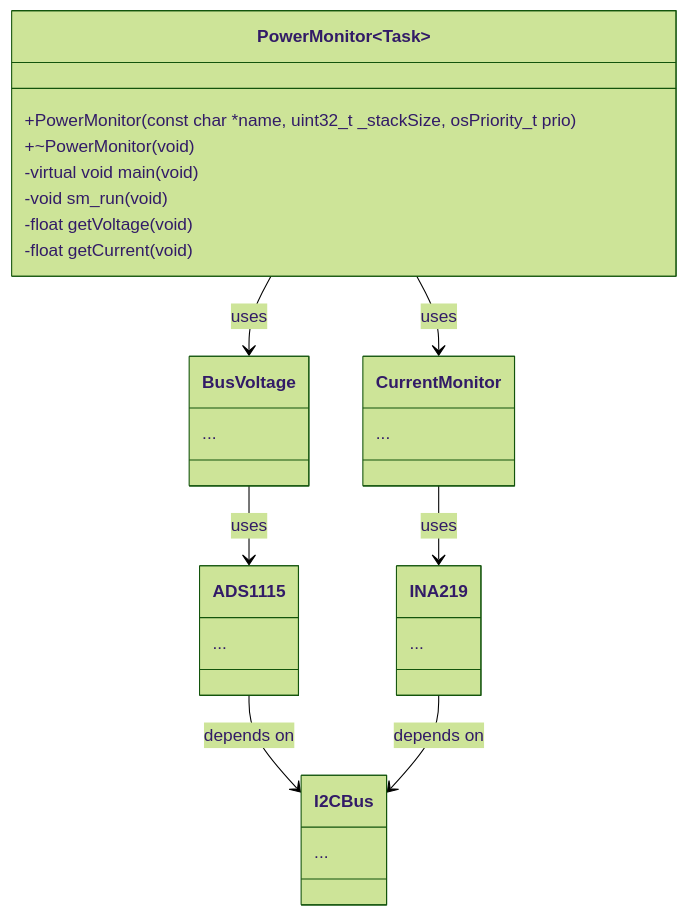
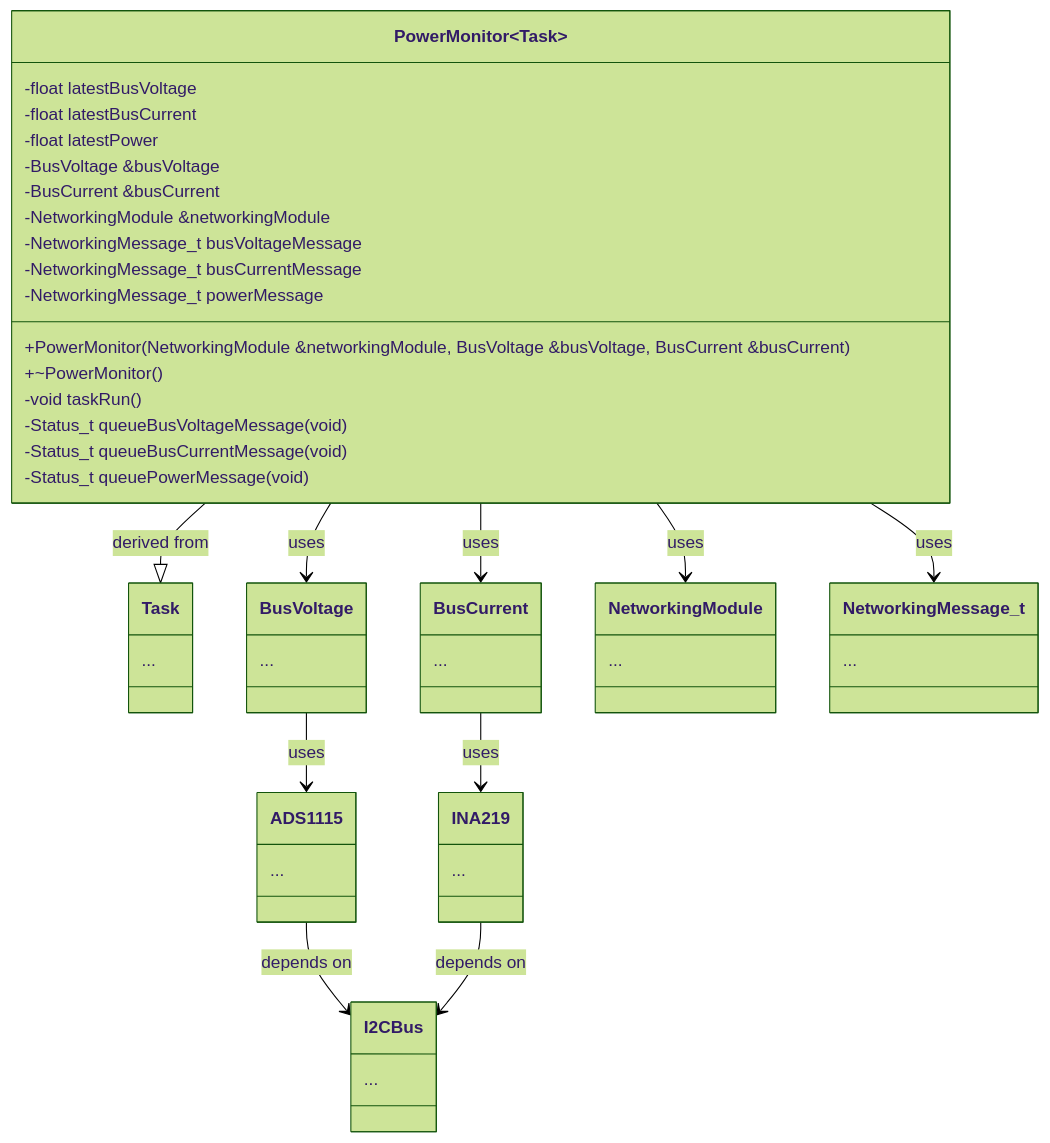
One commit to hquiroz-1988/esp changed the second of 6 diagrams in solar_meter/Documents/AppNotes/PowerMonitor.md. Above: the diagram before and after it, drawn with Mermaid (forest theme). The commit also changed other lines of this file and 21 other files, not shown here.

First line of the commit message:
Power Monitor Implemented (#28)

````diff
--- a/solar_meter/Documents/AppNotes/PowerMonitor.md
+++ b/solar_meter/Documents/AppNotes/PowerMonitor.md
@@ -62,34 +63,55 @@
 ```mermaid
 classDiagram
-    class PowerMonitor~Task~{
-        +PowerMonitor(const char *name, uint32_t _stackSize, osPriority_t prio)
-        +~PowerMonitor(void)
-        -virtual void main(void)
-        -void sm_run(void)
-        -float getVoltage(void)
-        -float getCurrent(void)
+    class PowerMonitor~Task~ {
+        +PowerMonitor(NetworkingModule &networkingModule, BusVoltage &busVoltage, BusCurrent &busCurrent)
+        +~PowerMonitor()
+        -float latestBusVoltage
+        -float latestBusCurrent
+        -float latestPower
+        -BusVoltage &busVoltage
+        -BusCurrent &busCurrent
+        -NetworkingModule &networkingModule
+        -NetworkingMessage_t busVoltageMessage
+        -NetworkingMessage_t busCurrentMessage
+        -NetworkingMessage_t powerMessage
+        -void taskRun()
+        -Status_t queueBusVoltageMessage(void)
+        -Status_t queueBusCurrentMessage(void)
+        -Status_t queuePowerMessage(void)
+    }
+    class Task {
+        ...
     }
     class BusVoltage {
         ...
     }
-
-    class CurrentMonitor {
+    class BusCurrent {
         ...
     }
+    class NetworkingModule {
+        ...
+    }
+    class NetworkingMessage_t {
+        ...
+    }
+
     class ADS1115 {
         ...
     }
     class INA219 {
         ...
     }
     class I2CBus {
         ...
     }
 
+    PowerMonitor --|> Task : derived from
     PowerMonitor --> BusVoltage : uses
-    PowerMonitor --> CurrentMonitor : uses
+    PowerMonitor --> BusCurrent : uses
+    PowerMonitor --> NetworkingModule : uses
+    PowerMonitor --> NetworkingMessage_t : uses
     BusVoltage --> ADS1115 : uses
-    CurrentMonitor --> INA219 : uses
     ADS1115 --> I2CBus : depends on
+    BusCurrent --> INA219 : uses
     INA219 --> I2CBus : depends on
 ```
````
